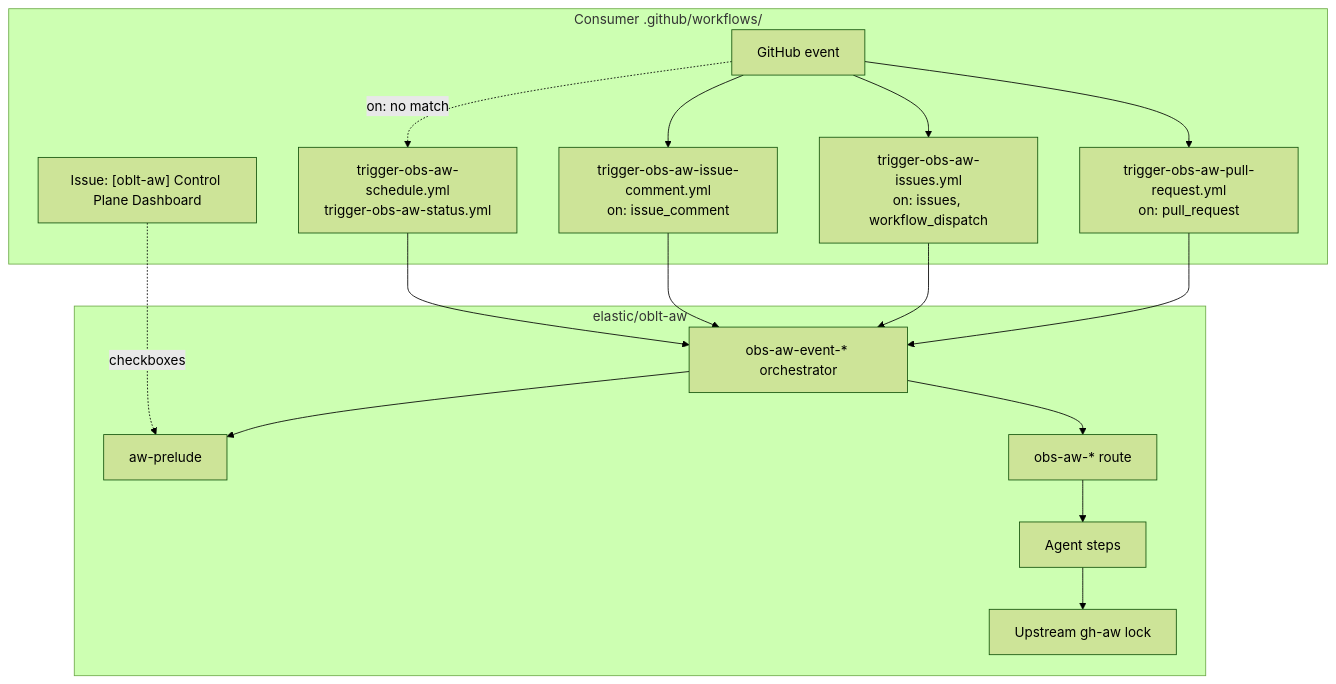
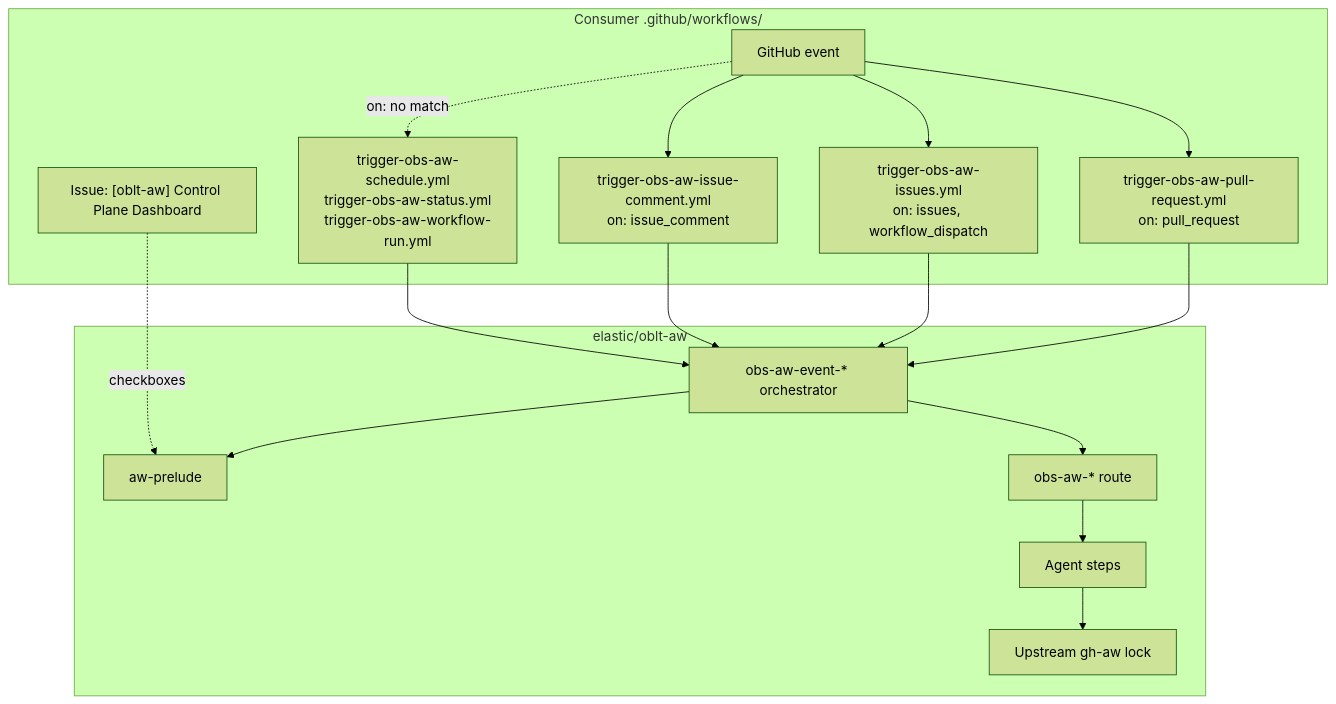
The diagram in docs/workflows/obs-aw-client-template.md (elastic/oblt-aw), drawn with Mermaid (forest theme) before and after one commit. The commit also changed other lines of this file and 9 other files, not shown here.

First line of the commit message:
feat(workflows): add PR Actions Detective on workflow_run

````diff
--- a/docs/workflows/obs-aw-client-template.md
+++ b/docs/workflows/obs-aw-client-template.md
@@ -19,32 +19,32 @@
 ```mermaid
 flowchart TB
   subgraph Consumer["Consumer .github/workflows/"]
     EVT["GitHub event"]
     C_PR["trigger-obs-aw-pull-request.yml\non: pull_request"]
     C_ISS["trigger-obs-aw-issues.yml\non: issues, workflow_dispatch"]
     C_COM["trigger-obs-aw-issue-comment.yml\non: issue_comment"]
-    C_SCH["trigger-obs-aw-schedule.yml\ntrigger-obs-aw-status.yml"]
+    C_SCH["trigger-obs-aw-schedule.yml\ntrigger-obs-aw-status.yml\ntrigger-obs-aw-workflow-run.yml"]
     DASH["Issue: [oblt-aw] Control Plane Dashboard"]
     EVT --> C_PR
     EVT --> C_ISS
     EVT --> C_COM
     EVT -.->|on: no match| C_SCH
   end
 
   subgraph OBLT["elastic/oblt-aw"]
     ORCH["obs-aw-event-* orchestrator"]
     CTX["aw-prelude"]
     R["obs-aw-* route"]
     AG["Agent steps"]
     LOCK["Upstream gh-aw lock"]
     ORCH --> CTX
     ORCH --> R
     R --> AG --> LOCK
   end
 
   DASH -.->|checkboxes| CTX
   C_PR --> ORCH
   C_ISS --> ORCH
   C_COM --> ORCH
   C_SCH --> ORCH
 ```
````
